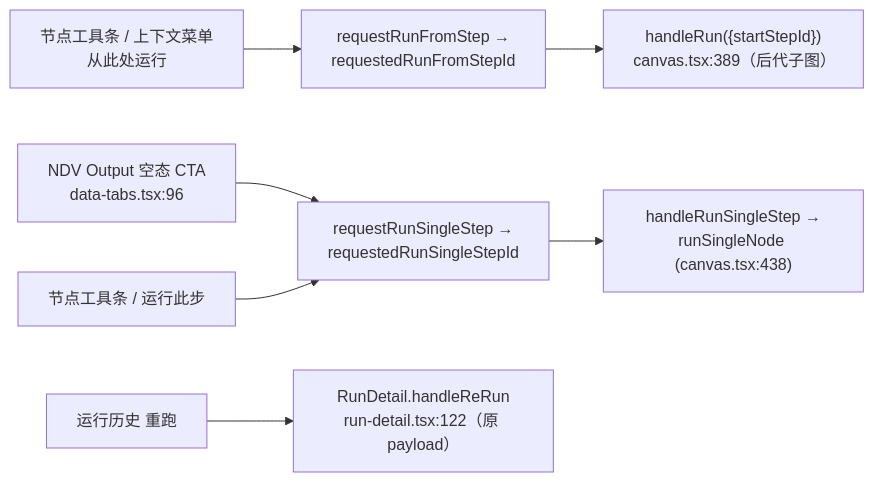
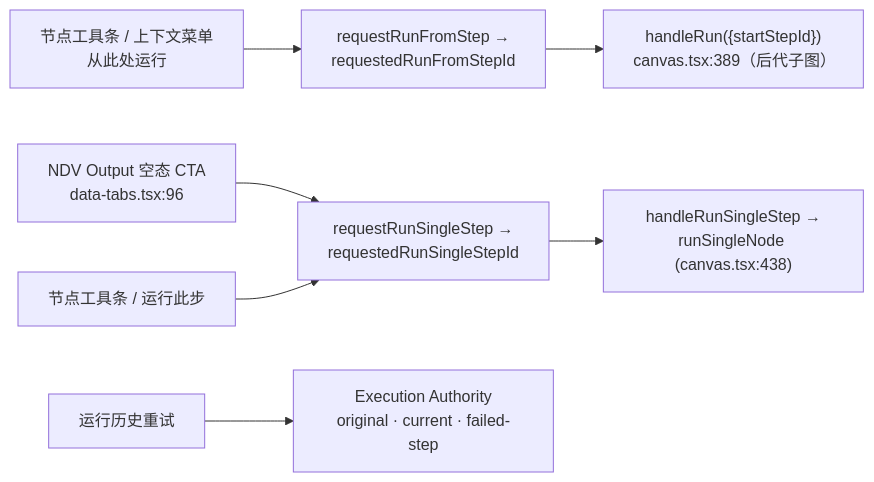
The fifth of 5 diagrams in docs/content/docs/zh/subsystems/visual-workflows/ui-runs.mdx (MaxQian888/cognia-next), drawn with Mermaid before and after one commit. The commit also changed other lines of this file and 93 other files, not shown here.

````diff
--- a/docs/content/docs/zh/subsystems/visual-workflows/ui-runs.mdx
+++ b/docs/content/docs/zh/subsystems/visual-workflows/ui-runs.mdx
@@ -223,9 +223,9 @@
 ```mermaid
 flowchart LR
   A["节点工具条 / 上下文菜单<br/>从此处运行"] --> RFS["requestRunFromStep →<br/>requestedRunFromStepId"]
   RFS --> HR["handleRun({startStepId})<br/>canvas.tsx:389（后代子图）"]
   B["NDV Output 空态 CTA<br/>data-tabs.tsx:96"] --> RSS["requestRunSingleStep →<br/>requestedRunSingleStepId"]
   C["节点工具条 / 运行此步"] --> RSS
   RSS --> HRS["handleRunSingleStep →<br/>runSingleNode (canvas.tsx:438)"]
-  D["运行历史 重跑"] --> RR["RunDetail.handleReRun<br/>run-detail.tsx:122（原 payload）"]
+  D["运行历史重试"] --> RR["Execution Authority<br/>original · current · failed-step"]
 ```
````
